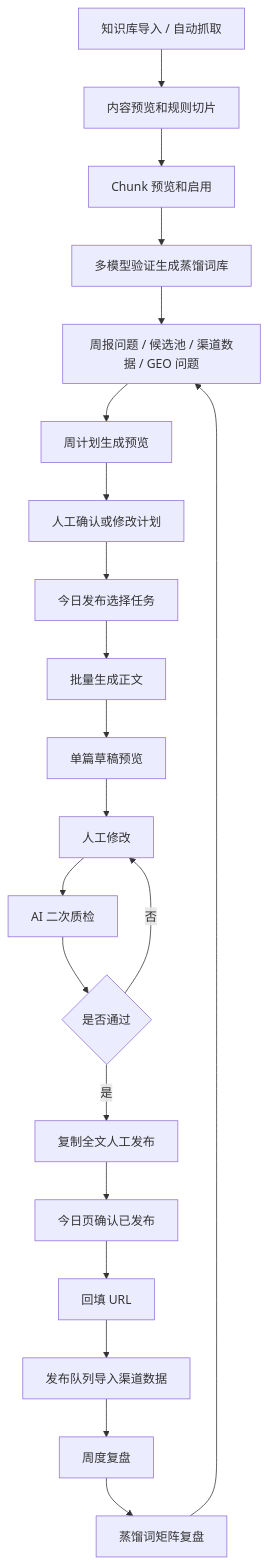
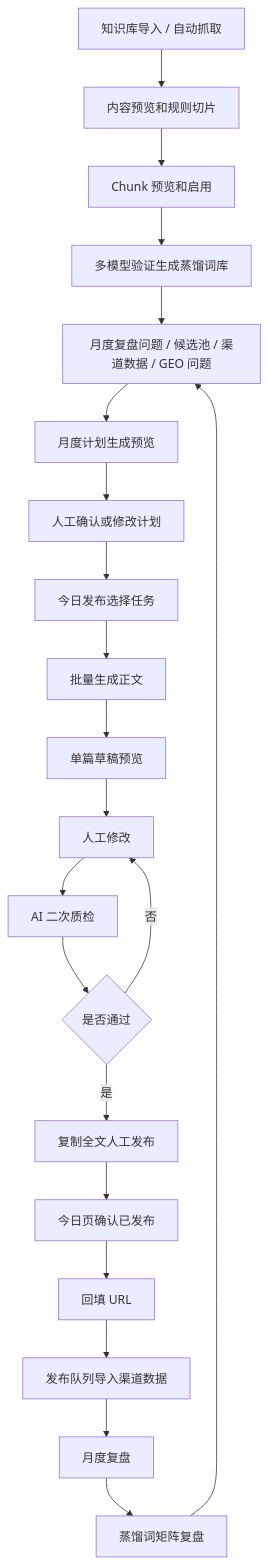
One commit to 1736280642-Star/gtm-content-growth-workbench changed the second of 5 diagrams in docs/prd-v3-content-growth-workbench.md. Above: the diagram before and after it, drawn with Mermaid. The commit also changed other lines of this file and 63 other files, not shown here.

````diff
--- a/docs/prd-v3-content-growth-workbench.md
+++ b/docs/prd-v3-content-growth-workbench.md
@@ -420,23 +409,23 @@
 ```mermaid
 flowchart TD
   A["知识库导入 / 自动抓取"] --> B["内容预览和规则切片"]
   B --> C["Chunk 预览和启用"]
   C --> D["多模型验证生成蒸馏词库"]
-  D --> E["周报问题 / 候选池 / 渠道数据 / GEO 问题"]
-  E --> F["周计划生成预览"]
+  D --> E["月度复盘问题 / 候选池 / 渠道数据 / GEO 问题"]
+  E --> F["月度计划生成预览"]
   F --> G["人工确认或修改计划"]
   G --> H["今日发布选择任务"]
   H --> I["批量生成正文"]
   I --> J["单篇草稿预览"]
   J --> K["人工修改"]
   K --> L["AI 二次质检"]
   L --> M{"是否通过"}
   M -- "否" --> K
   M -- "是" --> N["复制全文人工发布"]
   N --> O["今日页确认已发布"]
   O --> P["回填 URL"]
   P --> Q["发布队列导入渠道数据"]
-  Q --> R["周度复盘"]
+  Q --> R["月度复盘"]
   R --> S["蒸馏词矩阵复盘"]
   S --> E
 ```
````
